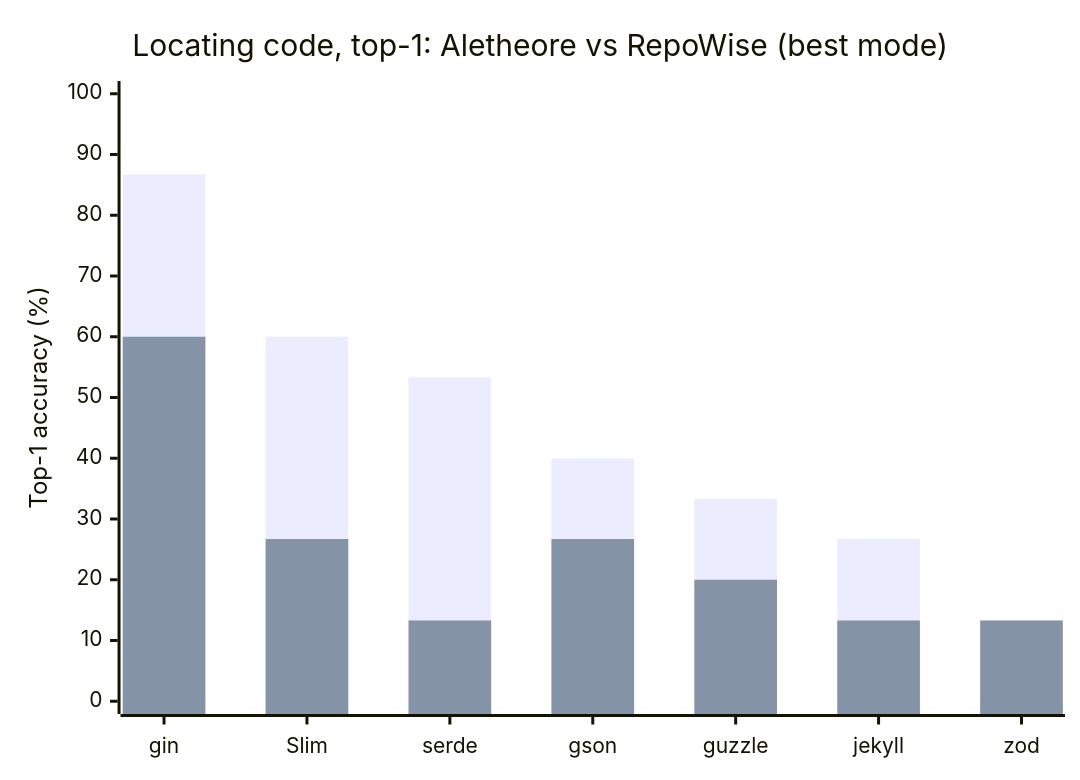
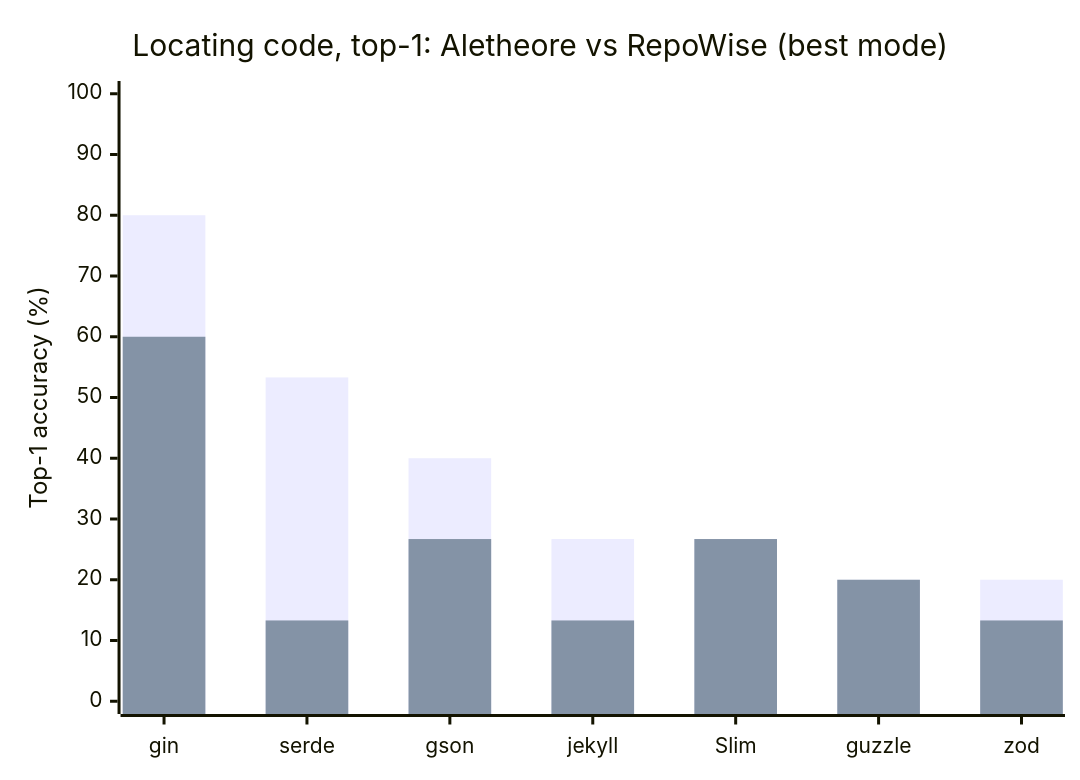
One commit to Aletheore/aletheore-benchmarks changed the fifth of 8 diagrams in README.md. Above: the diagram before and after it, drawn with Mermaid. The commit also changed other lines of this file and 3 other files, not shown here.

````diff
--- a/README.md
+++ b/README.md
@@ -395,8 +377,8 @@
 ```mermaid
 xychart-beta
     title "Locating code, top-1: Aletheore vs RepoWise (best mode)"
-    x-axis [gin, Slim, serde, gson, guzzle, jekyll, zod]
+    x-axis [gin, serde, gson, jekyll, Slim, guzzle, zod]
     y-axis "Top-1 accuracy (%)" 0 --> 100
-    bar "Aletheore" [86.7, 60.0, 53.3, 40.0, 33.3, 26.7, 0.0]
-    bar "RepoWise" [60.0, 26.7, 13.3, 26.7, 20.0, 13.3, 13.3]
+    bar "Aletheore" [80.0, 53.3, 40.0, 26.7, 26.7, 20.0, 20.0]
+    bar "RepoWise" [60.0, 13.3, 26.7, 13.3, 26.7, 20.0, 13.3]
 ```
````
